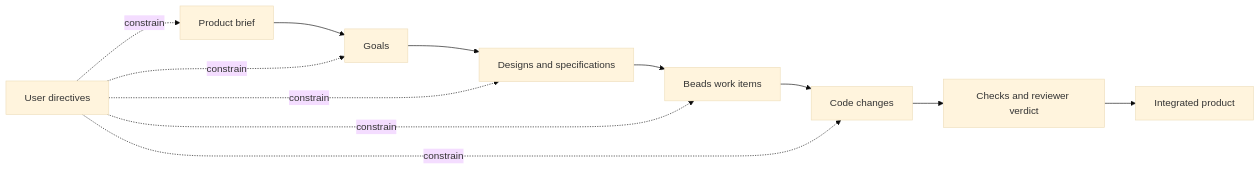
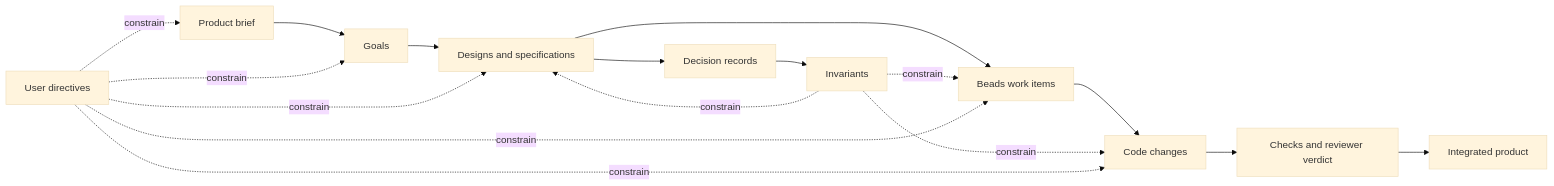
The diagram in docs/v1-harness-design.md (mason-bryant/yoyodyne), drawn with Mermaid (base theme) before and after one commit. The commit also changed other lines of this file, not shown here.

First line of the commit message:
yoyodyne: yoyodyne-ifd.21 Settle the architect and development-manager artifact homes

````diff
--- a/docs/v1-harness-design.md
+++ b/docs/v1-harness-design.md
@@ -60,14 +60,19 @@
 ```mermaid
 flowchart LR
     B["Product brief"] --> G["Goals"]
     G --> D["Designs and specifications"]
     D --> W["Beads work items"]
     W --> C["Code changes"]
     C --> V["Checks and reviewer verdict"]
     V --> I["Integrated product"]
+    D --> R["Decision records"]
+    R --> N["Invariants"]
+    N -. constrain .-> D
+    N -. constrain .-> W
+    N -. constrain .-> C
     U["User directives"] -. constrain .-> B
     U -. constrain .-> G
     U -. constrain .-> D
     U -. constrain .-> W
     U -. constrain .-> C
 ```
````
